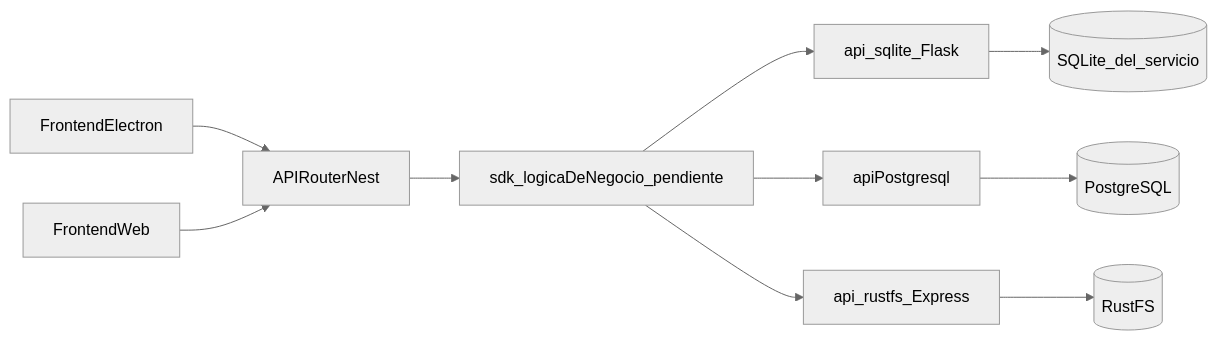
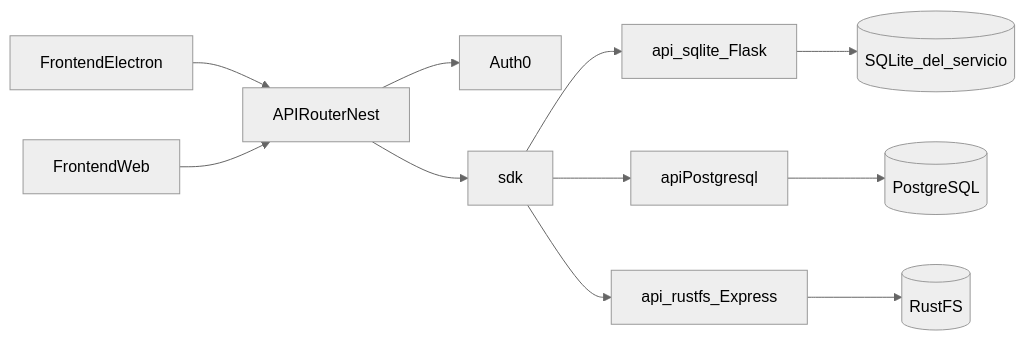
One commit to venturars/aTempo changed the first of 2 diagrams in docs/ARCHITECTURE.md. Above: the diagram before and after it, drawn with Mermaid (neutral theme). The commit also changed other lines of this file and 29 other files, not shown here.

First line of the commit message:
feat(sdk): call api-postgresql health after Auth0

````diff
--- a/docs/ARCHITECTURE.md
+++ b/docs/ARCHITECTURE.md
@@ -13,22 +13,24 @@
 ```mermaid
 flowchart LR
   electron[FrontendElectron]
   web[FrontendWeb]
   router[APIRouterNest]
-  sdk[sdk_logicaDeNegocio_pendiente]
+  auth0[Auth0]
+  sdk[sdk]
   sqliteApi[api_sqlite_Flask]
   serviceSqlite[(SQLite_del_servicio)]
   apiPg[apiPostgresql]
   postgres[(PostgreSQL)]
   objectApi[api_rustfs_Express]
   rustfs[(RustFS)]
   electron --> router
   web --> router
+  router --> auth0
   router --> sdk
   sdk --> sqliteApi
   sqliteApi --> serviceSqlite
   sdk --> apiPg
   sdk --> objectApi
   apiPg --> postgres
   objectApi --> rustfs
 ```
````
